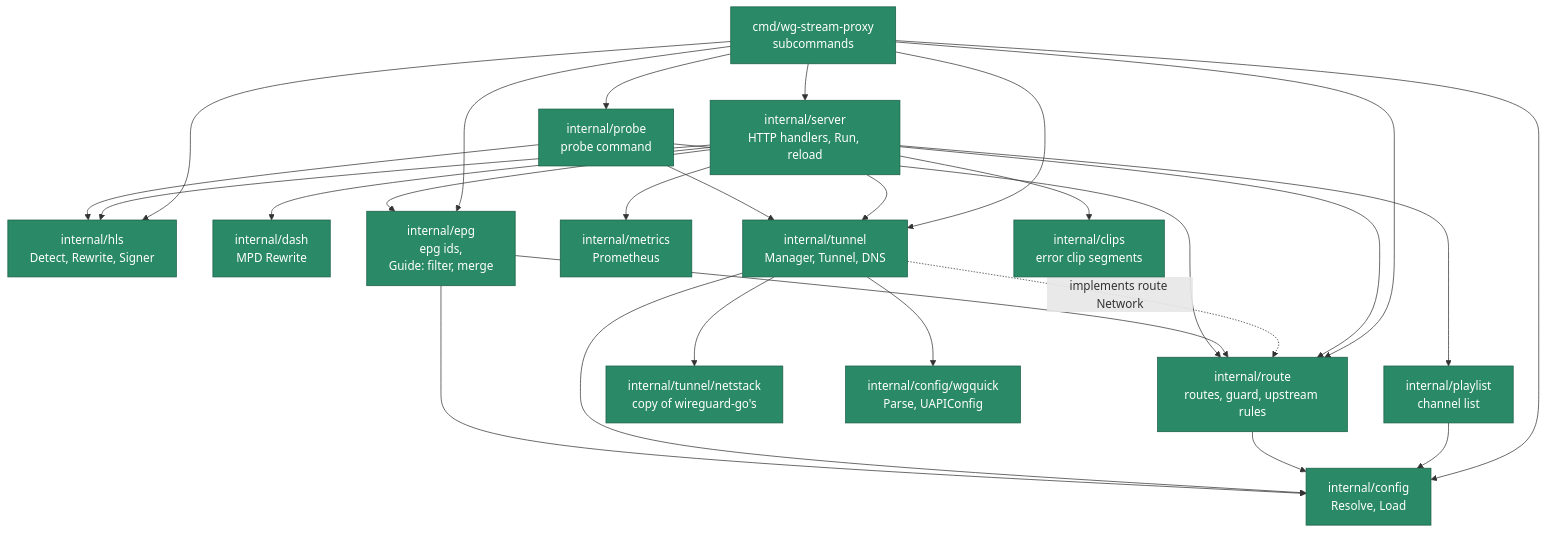
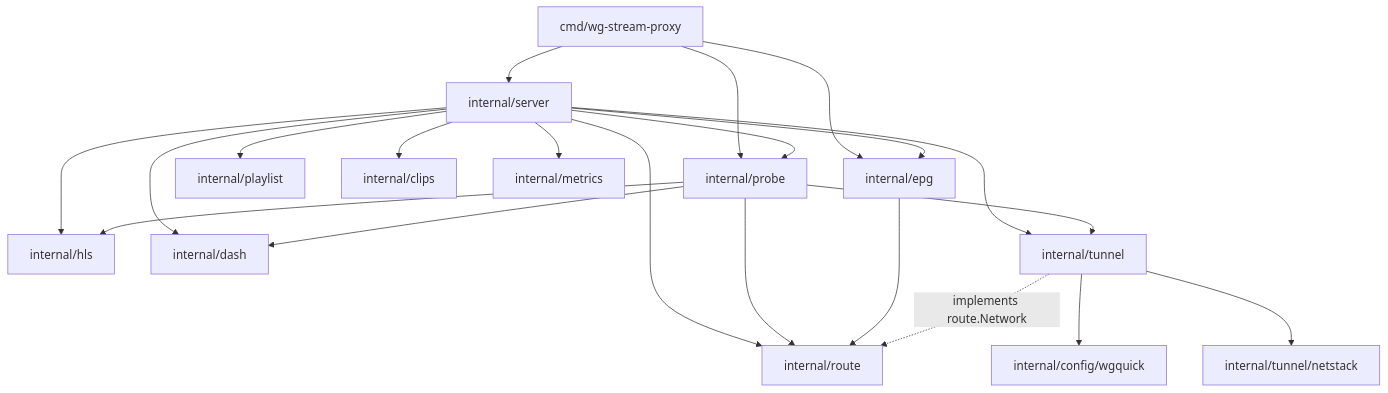
One commit to KingOfKalk/wg-stream-proxy changed the fifth of 5 diagrams in docs/architecture.md. Above: the diagram before and after it, drawn with Mermaid. The commit also changed other lines of this file and 14 other files, not shown here.

````diff
--- a/docs/architecture.md
+++ b/docs/architecture.md
@@ -883,28 +201,12 @@
 ```mermaid
 flowchart TD
-    main["cmd/wg-stream-proxy<br/>subcommands"]:::done
-    server["internal/server<br/>HTTP handlers, Run, reload"]:::done
-    playlist["internal/playlist<br/>channel list"]:::done
-    hls["internal/hls<br/>Detect, Rewrite, Signer"]:::done
-    dash["internal/dash<br/>MPD Rewrite"]:::done
-    route["internal/route<br/>routes, guard, upstream rules"]:::done
-    tunnel["internal/tunnel<br/>Manager, Tunnel, DNS"]:::done
-    netstack["internal/tunnel/netstack<br/>copy of wireguard-go's"]:::done
-    config["internal/config<br/>Resolve, Load"]:::done
-    wgquick["internal/config/wgquick<br/>Parse, UAPIConfig"]:::done
-    metrics["internal/metrics<br/>Prometheus"]:::done
-    epg["internal/epg<br/>epg ids,<br/>Guide: filter, merge"]:::done
-    clips["internal/clips<br/>error clip segments"]:::done
-    probe["internal/probe<br/>probe command"]:::done
-
-    main --> server & config & epg & probe & route & tunnel & hls
-    server --> playlist & hls & dash & route & tunnel & metrics & clips & epg
-    playlist --> config
-    route --> config
-    tunnel -. "implements route Network" .-> route
-    tunnel --> config & wgquick & netstack
-    epg --> config & route
-    probe --> hls & route & tunnel
-
-    classDef done fill:#2a8a68,stroke:#1a5e46,color:#ffffff
+    main["cmd/wg-stream-proxy"] --> server & probe & epg
+    server["internal/server"] --> playlist["internal/playlist"] & clips["internal/clips"] & metrics["internal/metrics"]
+    server --> hls["internal/hls"] & dash["internal/dash"]
+    server --> probe["internal/probe"] & epg["internal/epg"]
+    server --> route["internal/route"] & tunnel["internal/tunnel"]
+    probe --> hls & dash & route & tunnel
+    epg --> route
+    tunnel -. "implements route.Network" .-> route
+    tunnel --> wgquick["internal/config/wgquick"] & netstack["internal/tunnel/netstack"]
 ```
````
